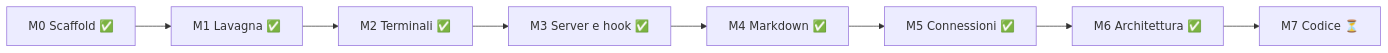
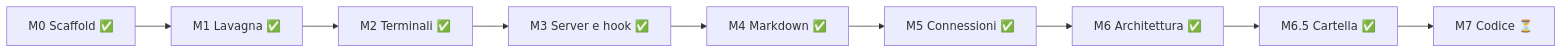
Diagram 16 of 16 in ARCHITECTURE.md (Marco-Pagnanini/OpenPlancia), drawn with Mermaid before and after one commit. The commit also changed other lines of this file and 33 other files, not shown here.

````diff
--- a/ARCHITECTURE.md
+++ b/ARCHITECTURE.md
@@ -643,5 +688,5 @@
 ```mermaid
 flowchart LR
   M0["M0 Scaffold ✅"] --> M1["M1 Lavagna ✅"] --> M2["M2 Terminali ✅"] --> M3["M3 Server e hook ✅"]
-  M3 --> M4["M4 Markdown ✅"] --> M5["M5 Connessioni ✅"] --> M6["M6 Architettura ✅"] --> M7["M7 Codice ⏳"]
+  M3 --> M4["M4 Markdown ✅"] --> M5["M5 Connessioni ✅"] --> M6["M6 Architettura ✅"] --> M65["M6.5 Cartella ✅"] --> M7["M7 Codice ⏳"]
 ```
````
